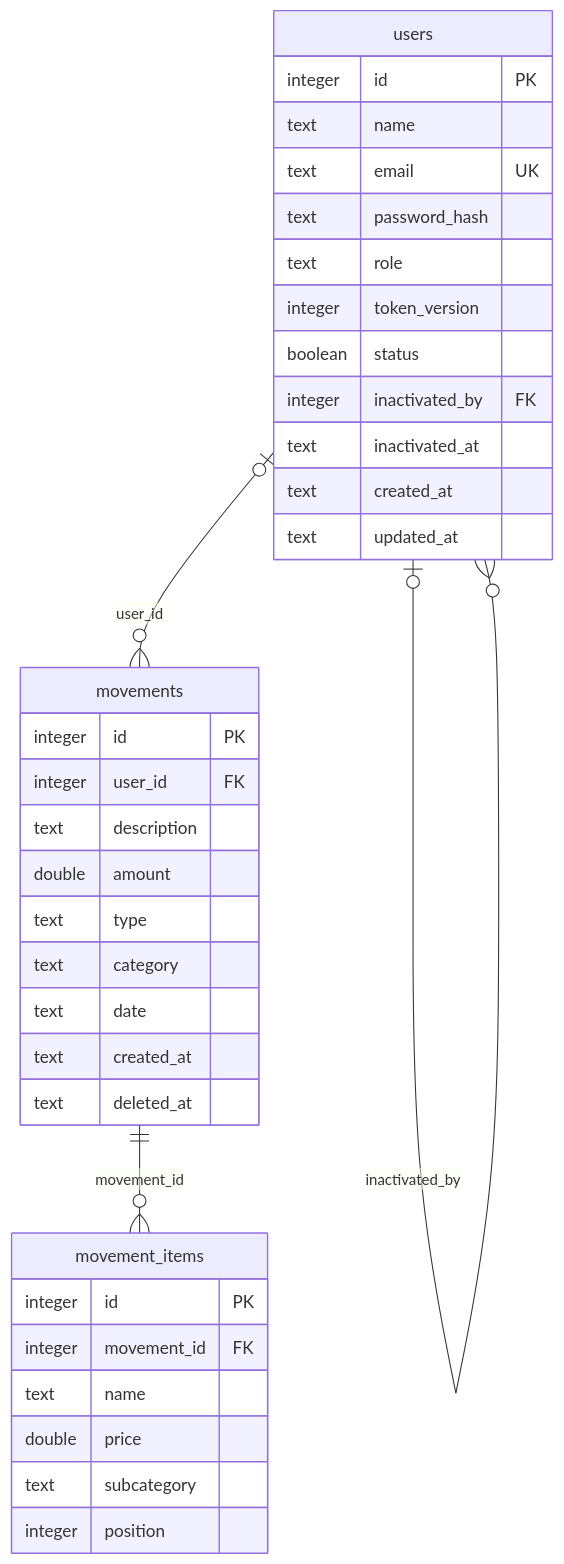
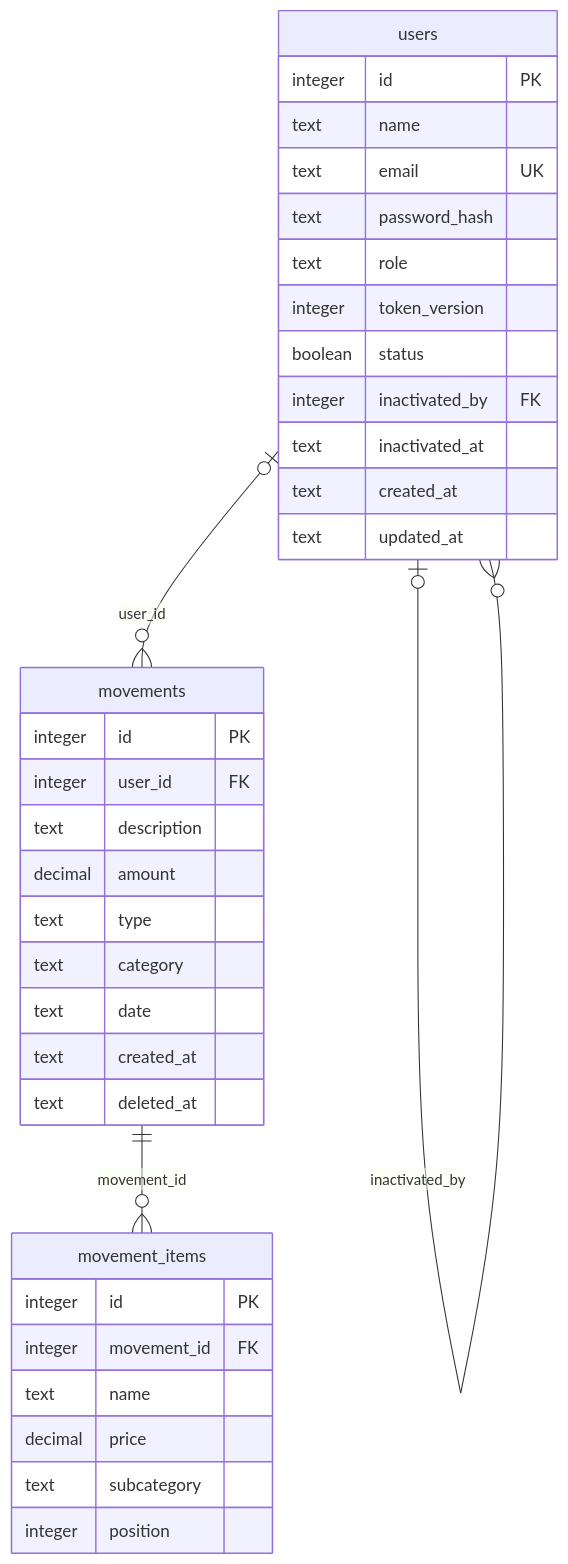
Before and after one commit to NoahXD-dev/finanzas-personales-backend: the third of 3 diagrams in README.md, drawn with Mermaid. The commit also changed other lines of this file and 8 other files, not shown here.

````diff
--- a/README.md
+++ b/README.md
@@ -119,41 +119,41 @@
 ```mermaid
 erDiagram
     users |o--o{ movements : "user_id" 
     users |o--o{ users : "inactivated_by" 
     movements ||--o{ movement_items : "movement_id"
 
     users {
         integer id PK
         text name
         text email UK
         text password_hash
         text role
         integer token_version
         boolean status
         integer inactivated_by FK
         text inactivated_at
         text created_at
         text updated_at
     }
 
     movements {
         integer id PK
         integer user_id FK
         text description
-        double amount
+        decimal amount
         text type
         text category
         text date
         text created_at
         text deleted_at
     }
 
     movement_items {
         integer id PK
         integer movement_id FK
         text name
-        double price
+        decimal price
         text subcategory
         integer position
     }
 ```
````
